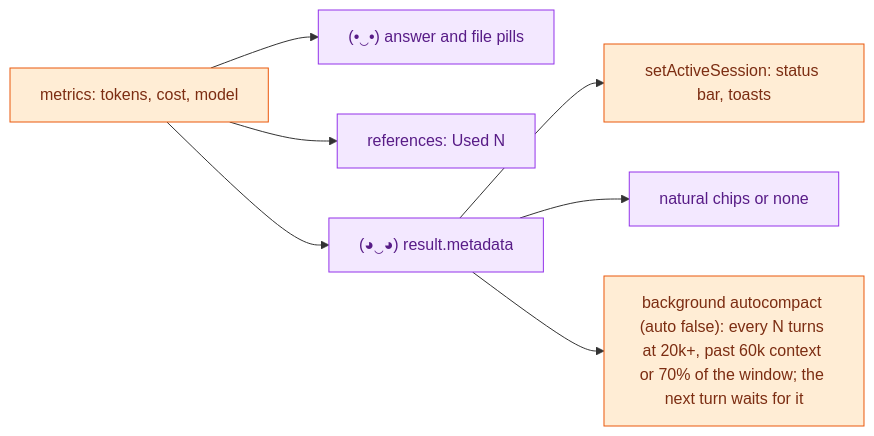
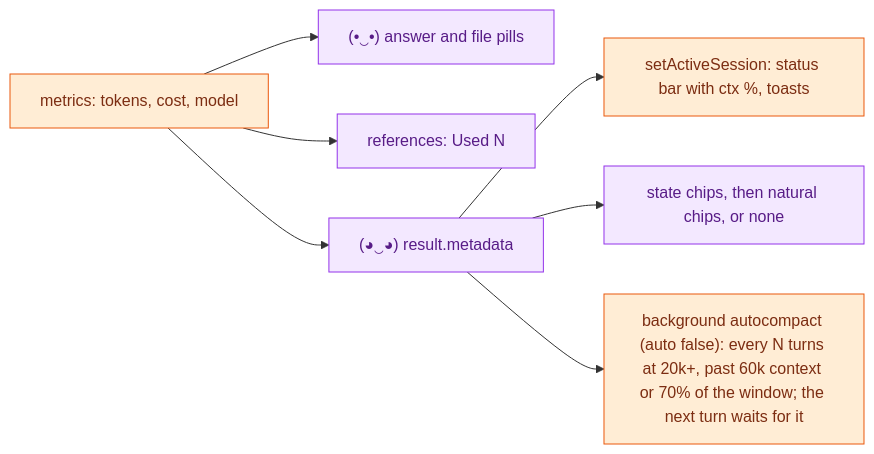
Before and after one commit to Artsrun/oc-copilot: the third of 3 diagrams in docs/flow/03-transport.md, drawn with Mermaid. The commit also changed other lines of this file and 18 other files, not shown here.

First line of the commit message:
Docs: flow pages, README, AGENTS and notes brought up to 0.0.236

````diff
--- a/docs/flow/03-transport.md
+++ b/docs/flow/03-transport.md
@@ -92,11 +149,11 @@
 ```mermaid
 flowchart LR
   classDef bridge fill:#ffedd5,stroke:#ea580c,color:#7c2d12
   classDef back fill:#f3e8ff,stroke:#9333ea,color:#581c87
   M["metrics: tokens, cost, model"]:::bridge --> A["(•‿•) answer and file pills"]:::back
   M --> R["references: Used N"]:::back
   M --> MD["(◕‿◕) result.metadata"]:::back
-  MD --> SES["setActiveSession: status bar, toasts"]:::bridge
-  MD --> CH["natural chips or none"]:::back
+  MD --> SES["setActiveSession: status bar with ctx %, toasts"]:::bridge
+  MD --> CH["state chips, then natural chips, or none"]:::back
   MD --> AC["background autocompact (auto false): every N turns at 20k+, past 60k context or 70% of the window; the next turn waits for it"]:::bridge
 ```
````
